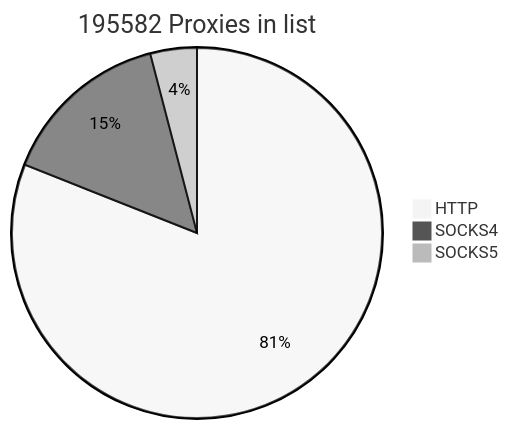
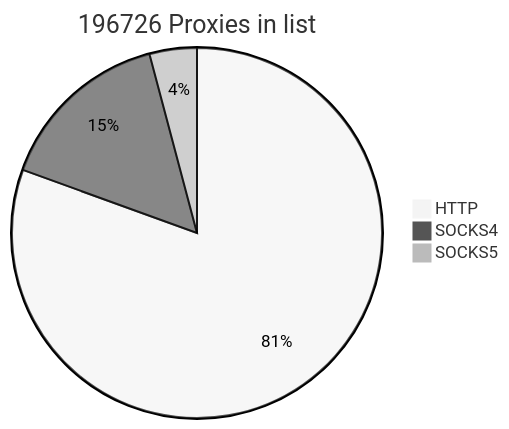
The first of 2 diagrams in README.md (cutipu/proxylist), drawn with Mermaid (neutral theme) before and after one commit. The commit also changed other lines of this file, not shown here.

````diff
--- a/README.md
+++ b/README.md
@@ -2,7 +2,7 @@
 ```mermaid
-pie title 195582 Proxies in list
-    "HTTP" : 158444
-    "SOCKS4" : 29192
-    "SOCKS5" : 7946
+pie title 196726 Proxies in list
+    "HTTP" : 158438
+    "SOCKS4" : 30158
+    "SOCKS5" : 8130
             
 ```
````
